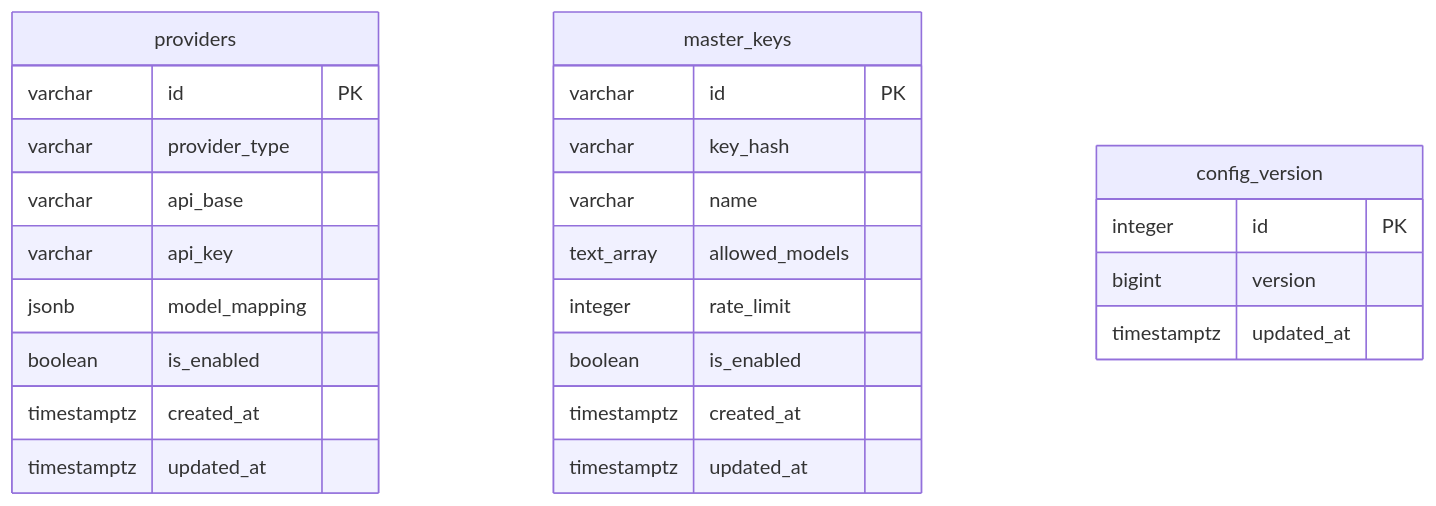
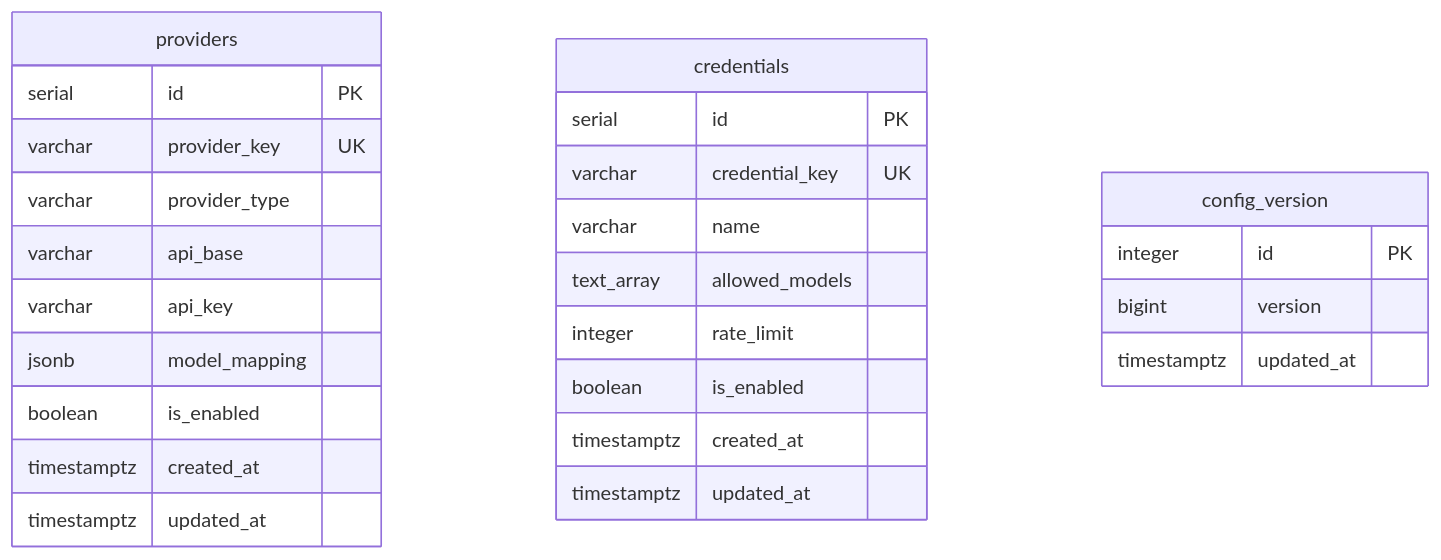
One commit to maywzh/llm-proxy changed the third of 3 diagrams in Agents.md. Above: the diagram before and after it, drawn with Mermaid. The commit also changed other lines of this file and 51 other files, not shown here.

````diff
--- a/Agents.md
+++ b/Agents.md
@@ -298,30 +299,31 @@
 ```mermaid
 erDiagram
     providers {
-        varchar id PK
+        serial id PK
+        varchar provider_key UK
         varchar provider_type
         varchar api_base
         varchar api_key
         jsonb model_mapping
         boolean is_enabled
         timestamptz created_at
         timestamptz updated_at
     }
     
-    master_keys {
-        varchar id PK
-        varchar key_hash
+    credentials {
+        serial id PK
+        varchar credential_key UK
         varchar name
         text_array allowed_models
         integer rate_limit
         boolean is_enabled
         timestamptz created_at
         timestamptz updated_at
     }
     
     config_version {
         integer id PK
         bigint version
         timestamptz updated_at
     }
 ```
````
